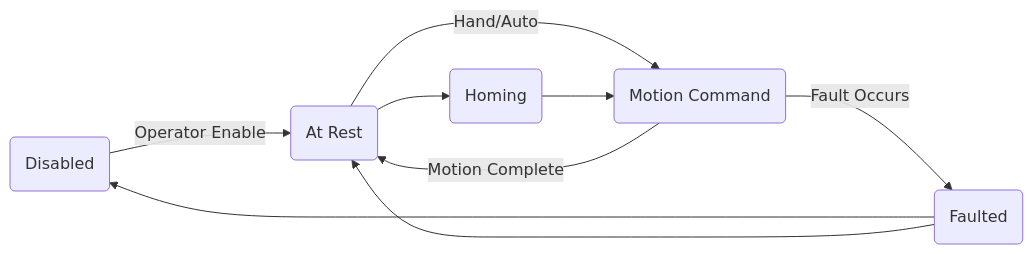
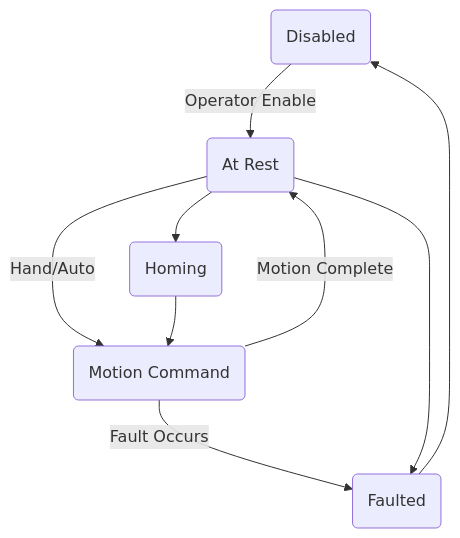
Before and after one commit to TheOneandOnlyJakfrost/ICMWO19011: the first of 3 diagrams in Control-Diagrams/SystemDiagrams.md, drawn with Mermaid. The commit also changed other lines of this file and 2 other files, not shown here.

Commit message:
More additions to SystemDiagrams and addition of PDF

````diff
--- a/Control-Diagrams/SystemDiagrams.md
+++ b/Control-Diagrams/SystemDiagrams.md
@@ -29,11 +29,11 @@
 ```mermaid
-graph LR
+graph TD
     A(Disabled) -->|Operator Enable| B(At Rest)
     B --> F(Homing)
     B -->|Hand/Auto| C(Motion Command)
     C -->|Fault Occurs| D(Faulted)
+    B --> D
     D --> A
-    D --> B
     F --> C
     C -->|Motion Complete| B
 ```
````
